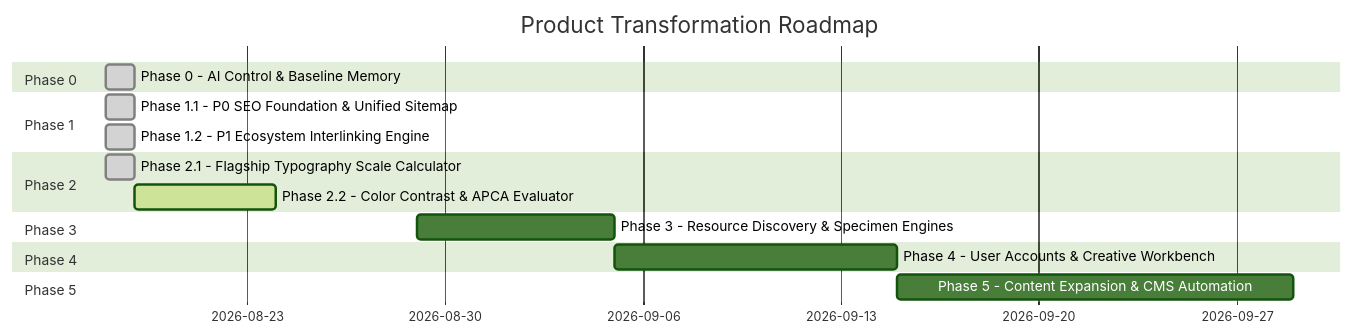
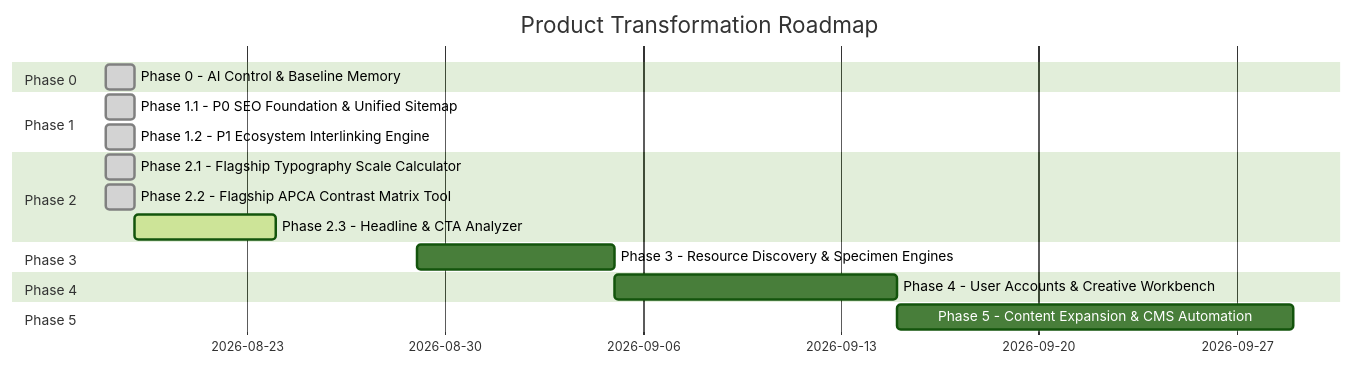
The diagram in AI/ROADMAP.md (ravanmammadov1/blog.rvan.me), drawn with Mermaid (forest theme) before and after one commit. The commit also changed other lines of this file and 16 other files, not shown here.

Commit message:
feat: launch apca contrast accessibility tool

````diff
--- a/AI/ROADMAP.md
+++ b/AI/ROADMAP.md
@@ -5,19 +5,20 @@
 ```mermaid
 gantt
     title Product Transformation Roadmap
     dateFormat  YYYY-MM-DD
     section Phase 0
     Phase 0 - AI Control & Baseline Memory             :done, p0, 2026-08-18, 1d
     section Phase 1
     Phase 1.1 - P0 SEO Foundation & Unified Sitemap    :done, p1a, 2026-08-18, 1d
     Phase 1.2 - P1 Ecosystem Interlinking Engine       :done, p1b, 2026-08-18, 1d
     section Phase 2
     Phase 2.1 - Flagship Typography Scale Calculator   :done, p2a, 2026-08-18, 1d
-    Phase 2.2 - Color Contrast & APCA Evaluator        :active, p2b, 2026-08-19, 5d
+    Phase 2.2 - Flagship APCA Contrast Matrix Tool     :done, p2b, 2026-08-18, 1d
+    Phase 2.3 - Headline & CTA Analyzer                :active, p2c, 2026-08-19, 5d
     section Phase 3
     Phase 3 - Resource Discovery & Specimen Engines     :p3, 2026-08-29, 7d
     section Phase 4
     Phase 4 - User Accounts & Creative Workbench       :p4, 2026-09-05, 10d
     section Phase 5
     Phase 5 - Content Expansion & CMS Automation       :p5, 2026-09-15, 14d
 ```
````
